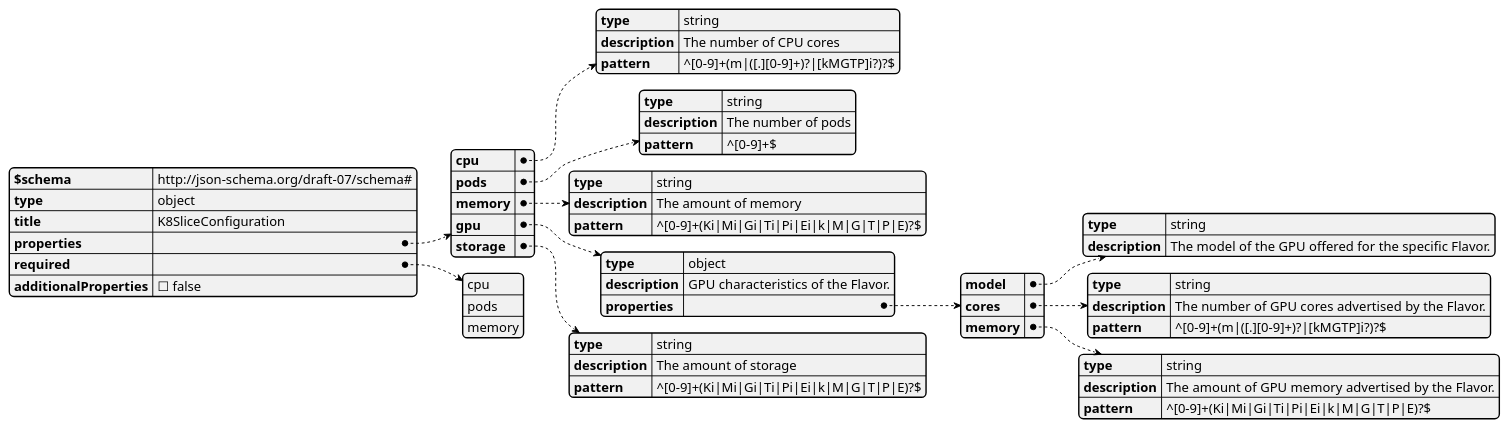
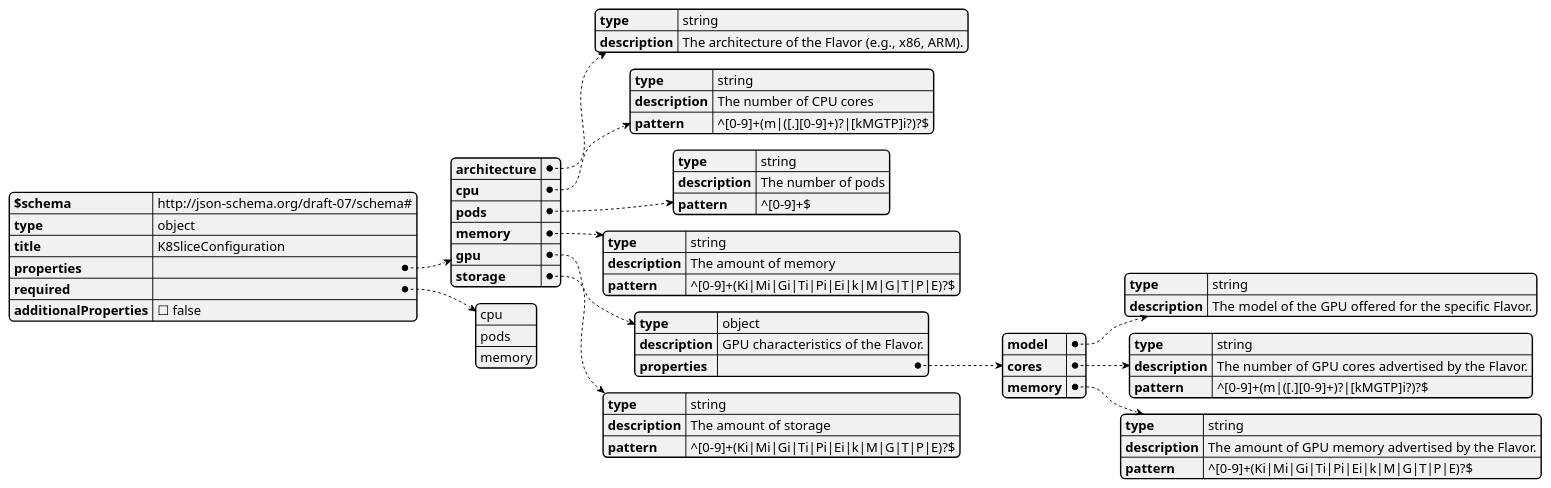
The diagram in puml/models/schemas/configuration-types/k8slice-configuration.puml (fluidos-project/REAR-data-models), drawn with PlantUML before and after one commit. The commit also changed 9 other files, not shown here.

```diff
--- a/puml/models/schemas/configuration-types/k8slice-configuration.puml
+++ b/puml/models/schemas/configuration-types/k8slice-configuration.puml
@@ -1,55 +1,59 @@
 @startjson
 {
     "$schema": "http://json-schema.org/draft-07/schema#",
     "type": "object",
     "title": "K8SliceConfiguration",
     "properties": {
+        "architecture": {
+            "type": "string",
+            "description": "The architecture of the Flavor (e.g., x86, ARM)."
+        },
         "cpu": {
             "type": "string",
             "description": "The number of CPU cores",
             "pattern": "^[0-9]+(m|([.][0-9]+)?|[kMGTP]i?)?$"
         },
         "pods": {
             "type": "string",
             "description": "The number of pods",
             "pattern": "^[0-9]+$"
         },
         "memory": {
             "type": "string",
             "description": "The amount of memory",
             "pattern": "^[0-9]+(Ki|Mi|Gi|Ti|Pi|Ei|k|M|G|T|P|E)?$"
         },
         "gpu": {
             "type": "object",
             "description": "GPU characteristics of the Flavor.",
             "properties": {
                 "model" : {
                     "type": "string",
                     "description": "The model of the GPU offered for the specific Flavor."
                 },
                 "cores": {
                     "type": "string",
                     "description": "The number of GPU cores advertised by the Flavor.",
                     "pattern": "^[0-9]+(m|([.][0-9]+)?|[kMGTP]i?)?$"
                 },
                 "memory": {
                     "type": "string",
                     "description": "The amount of GPU memory advertised by the Flavor.",
                     "pattern": "^[0-9]+(Ki|Mi|Gi|Ti|Pi|Ei|k|M|G|T|P|E)?$"
                 }
             }
         },
         "storage": {
             "type": "string",
             "description": "The amount of storage",
             "pattern": "^[0-9]+(Ki|Mi|Gi|Ti|Pi|Ei|k|M|G|T|P|E)?$"
         }
     },
     "required": [
         "cpu",
         "pods",
         "memory"
     ],
     "additionalProperties": false
 }
 @endjson
```
